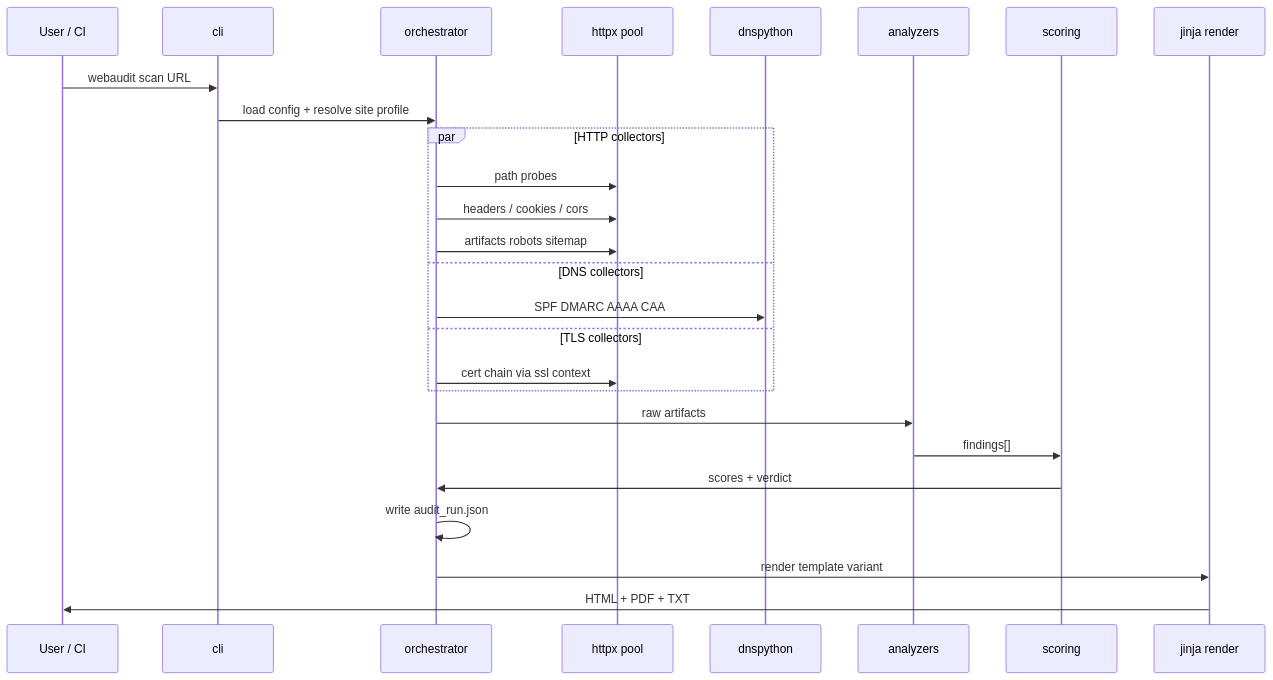
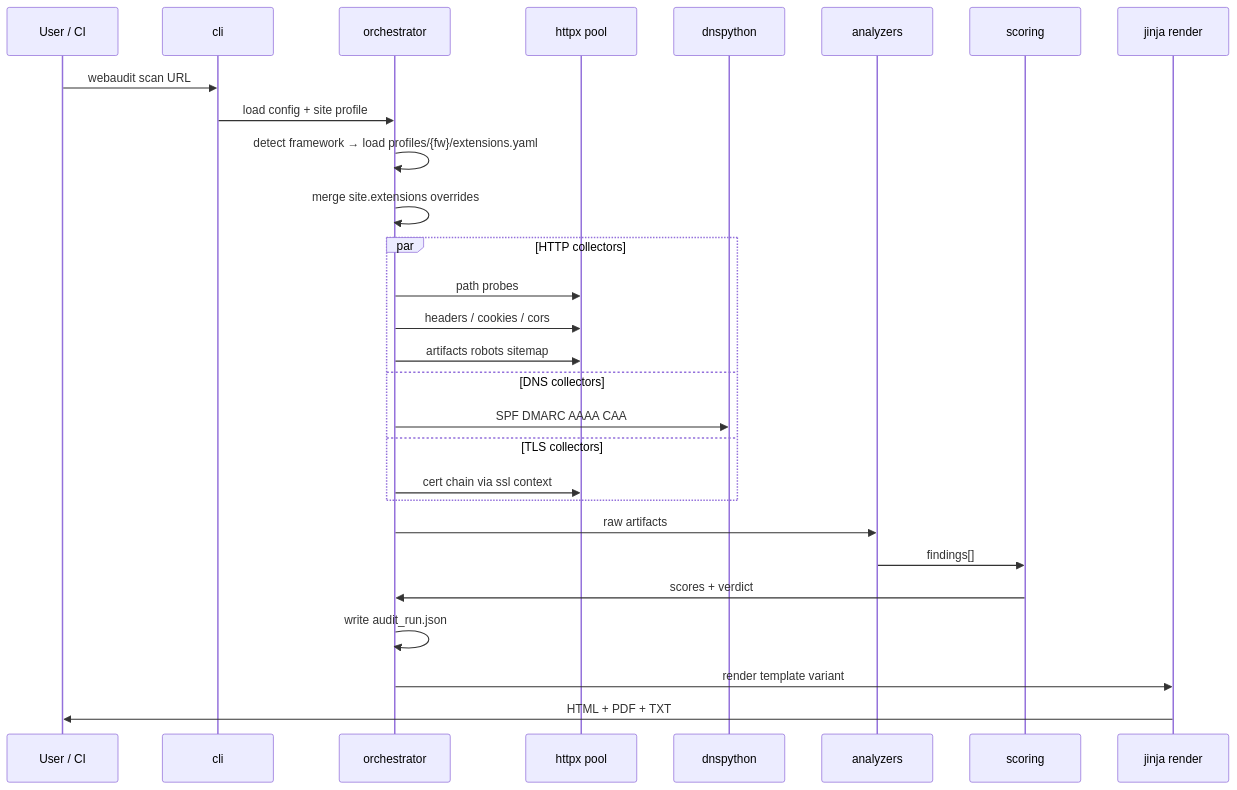
One commit to Vlad-1618M/web_audit changed the second of 3 diagrams in v2_python_core/docs/architecture.md. Above: the diagram before and after it, drawn with Mermaid. The commit also changed other lines of this file and 24 other files, not shown here.

````diff
--- a/v2_python_core/docs/architecture.md
+++ b/v2_python_core/docs/architecture.md
@@ -54,29 +56,31 @@
 ```mermaid
 sequenceDiagram
   participant U as User / CI
   participant C as cli
   participant O as orchestrator
   participant H as httpx pool
   participant D as dnspython
   participant A as analyzers
   participant S as scoring
   participant J as jinja render
 
   U->>C: webaudit scan URL
-  C->>O: load config + resolve site profile
+  C->>O: load config + site profile
+  O->>O: detect framework → load profiles/{fw}/extensions.yaml
+  O->>O: merge site.extensions overrides
   par HTTP collectors
     O->>H: path probes
     O->>H: headers / cookies / cors
     O->>H: artifacts robots sitemap
   and DNS collectors
     O->>D: SPF DMARC AAAA CAA
   and TLS collectors
     O->>H: cert chain via ssl context
   end
   O->>A: raw artifacts
   A->>S: findings[]
   S->>O: scores + verdict
   O->>O: write audit_run.json
   O->>J: render template variant
   J->>U: HTML + PDF + TXT
 ```
````
